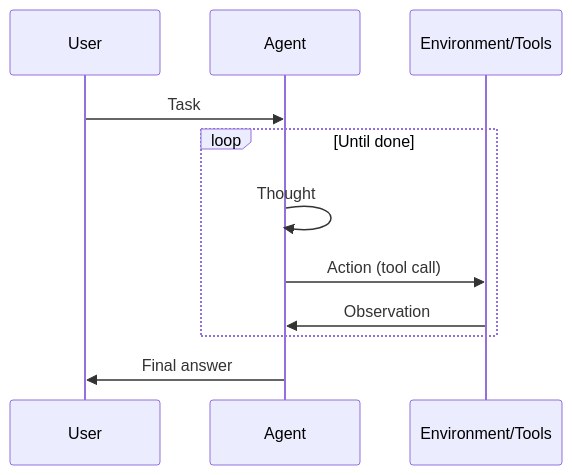
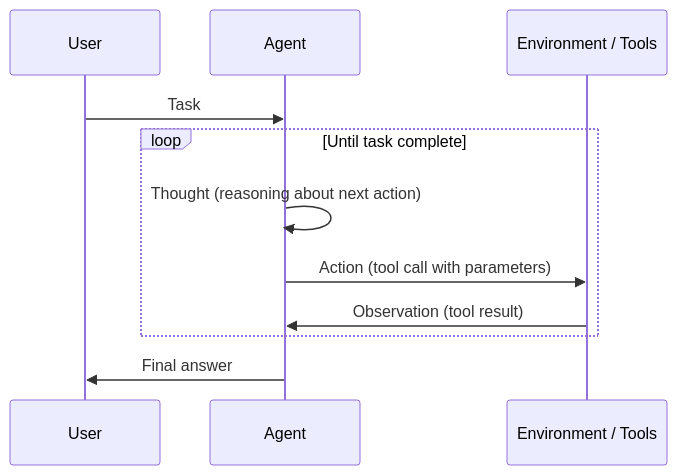
Before and after one commit to EmersonBraun/ai-summary-hub: the first of 2 diagrams in docs/reasoning-patterns/react.md, drawn with Mermaid. The commit also changed other lines of this file and 77 other files, not shown here.

````diff
--- a/docs/reasoning-patterns/react.md
+++ b/docs/reasoning-patterns/react.md
@@ -21,13 +23,13 @@
 ```mermaid
 sequenceDiagram
   participant User
   participant Agent
-  participant Env as Environment/Tools
+  participant Env as Environment / Tools
   User->>Agent: Task
-  loop Until done
-    Agent->>Agent: Thought
-    Agent->>Env: Action (tool call)
-    Env->>Agent: Observation
+  loop Until task complete
+    Agent->>Agent: Thought (reasoning about next action)
+    Agent->>Env: Action (tool call with parameters)
+    Env->>Agent: Observation (tool result)
   end
   Agent->>User: Final answer
 ```
````
